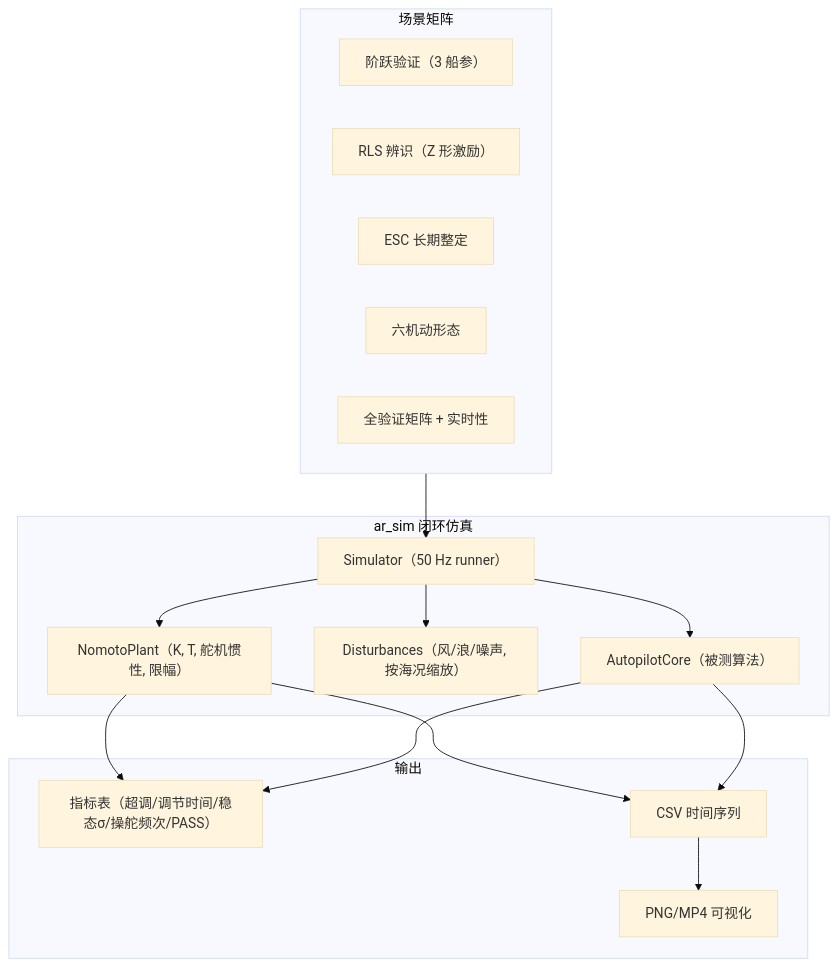
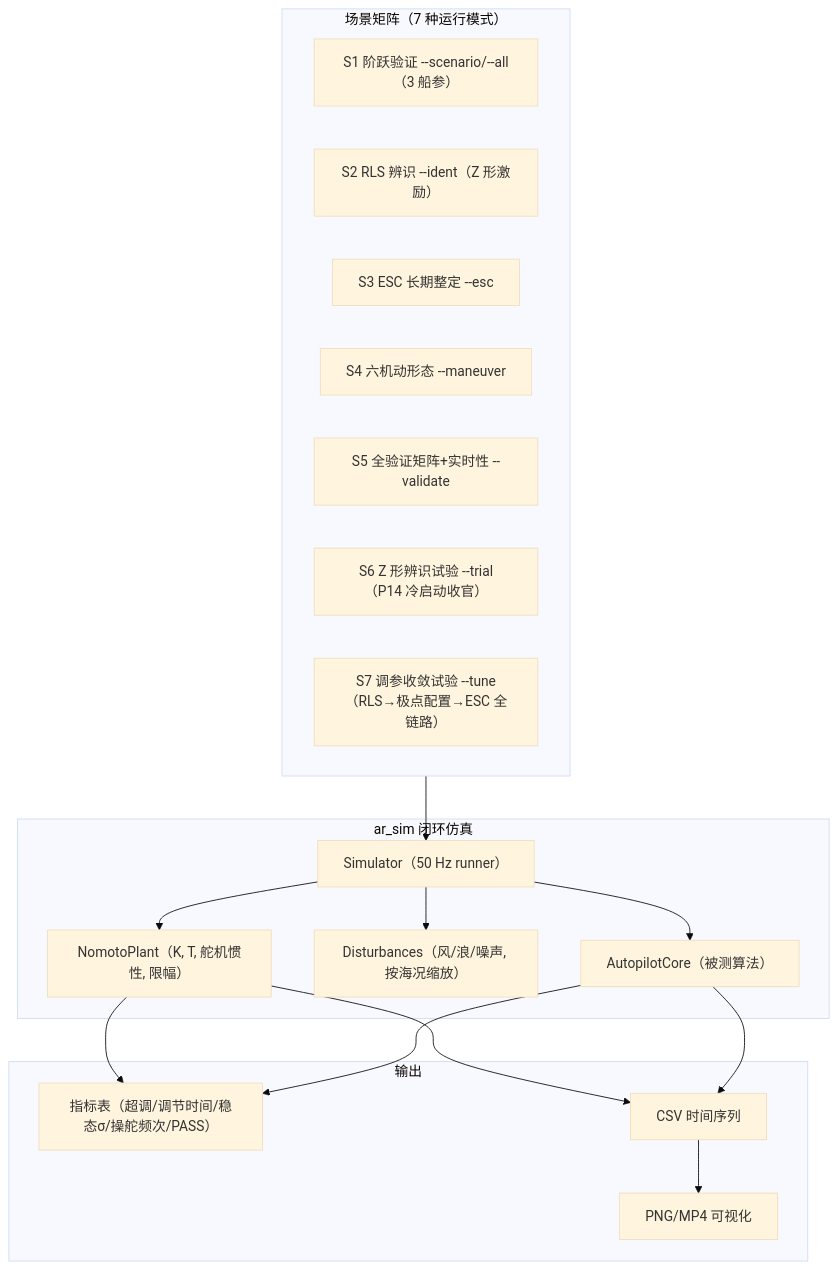
Before and after one commit to jimaka/auto_rudder: diagram 15 of 19 in 软件设计与架构文档.md, drawn with Mermaid (base theme). The commit also changed other lines of this file and 15 other files, not shown here.

````diff
--- a/软件设计与架构文档.md
+++ b/软件设计与架构文档.md
@@ -577,27 +723,29 @@
 ```mermaid
 graph TD
     subgraph SIMCORE["ar_sim 闭环仿真"]
         RUN["Simulator（50 Hz runner）"]
         PLANT["NomotoPlant（K, T, 舵机惯性, 限幅）"]
         DIST["Disturbances（风/浪/噪声, 按海况缩放）"]
         AP["AutopilotCore（被测算法）"]
     end
-    subgraph SCENARIO["场景矩阵"]
-        S1["阶跃验证（3 船参）"]
-        S2["RLS 辨识（Z 形激励）"]
-        S3["ESC 长期整定"]
-        S4["六机动形态"]
-        S5["全验证矩阵 + 实时性"]
+    subgraph SCENARIO["场景矩阵（7 种运行模式）"]
+        S1["S1 阶跃验证 --scenario/--all（3 船参）"]
+        S2["S2 RLS 辨识 --ident（Z 形激励）"]
+        S3["S3 ESC 长期整定 --esc"]
+        S4["S4 六机动形态 --maneuver"]
+        S5["S5 全验证矩阵+实时性 --validate"]
+        S6["S6 Z 形辨识试验 --trial（P14 冷启动收官）"]
+        S7["S7 调参收敛试验 --tune（RLS→极点配置→ESC 全链路）"]
     end
     subgraph OUTPUT["输出"]
         O1["指标表（超调/调节时间/稳态σ/操舵频次/PASS）"]
         O2["CSV 时间序列"]
         O3["PNG/MP4 可视化"]
     end
 
     SCENARIO --> RUN
     RUN --> PLANT & DIST & AP
     PLANT --> O1 & O2
     AP --> O1 & O2
     O2 --> O3
 ```
````
